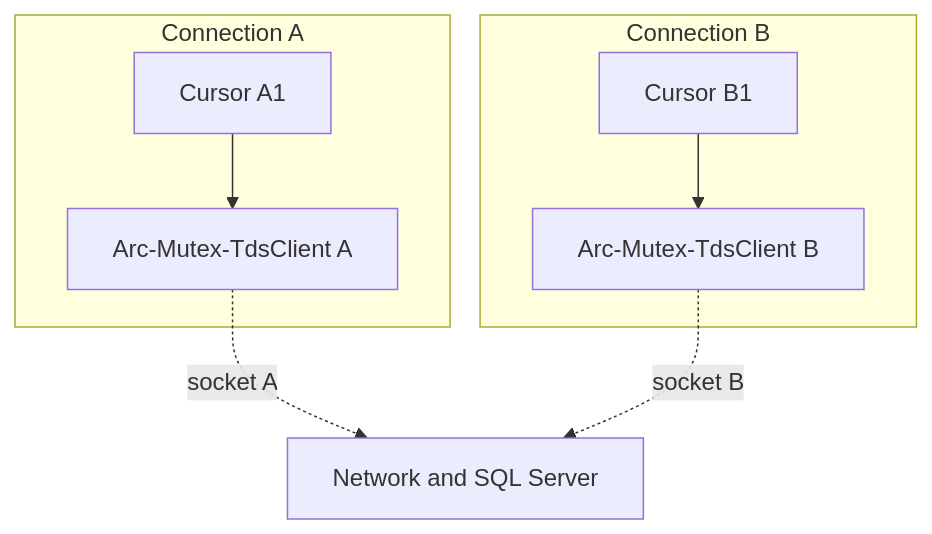
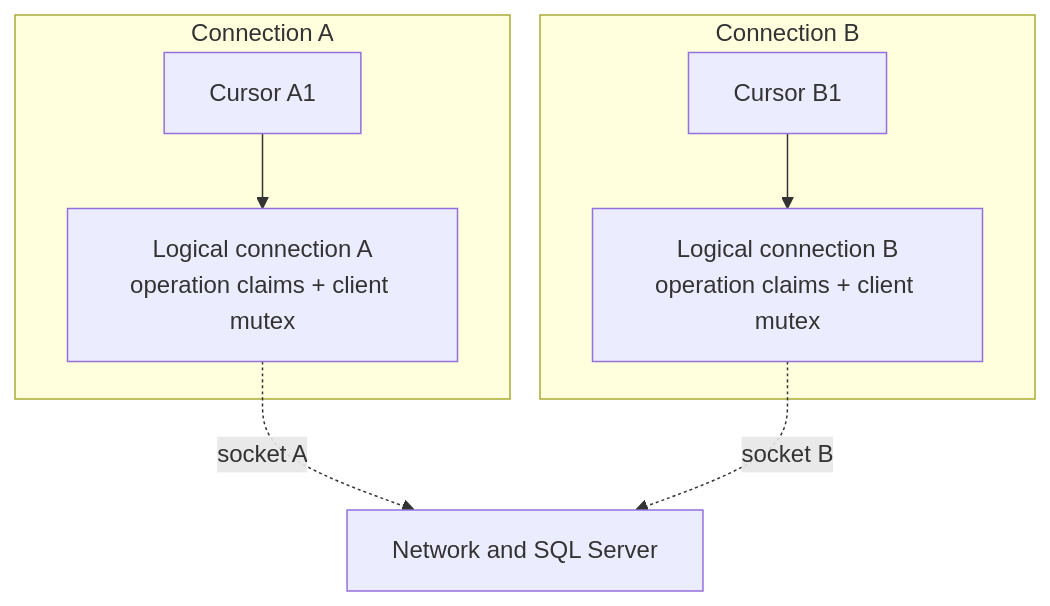
One commit to microsoft/mssql-rs changed diagram 16 of 16 in docs/async-execution-design.md. Above: the diagram before and after it, drawn with Mermaid. The commit also changed other lines of this file and 1 other file, not shown here.

````diff
--- a/docs/async-execution-design.md
+++ b/docs/async-execution-design.md
@@ -930,15 +932,15 @@
 ```mermaid
 flowchart TB
     subgraph ConnA["Connection A"]
-        MA["Arc-Mutex-TdsClient A"]
+        MA["Logical connection A<br/>operation claims + client mutex"]
         CA["Cursor A1"]
         CA --> MA
     end
     subgraph ConnB["Connection B"]
-        MB["Arc-Mutex-TdsClient B"]
+        MB["Logical connection B<br/>operation claims + client mutex"]
         CB["Cursor B1"]
         CB --> MB
     end
     MA -. socket A .-> NET["Network and SQL Server"]
     MB -. socket B .-> NET
 ```
````
